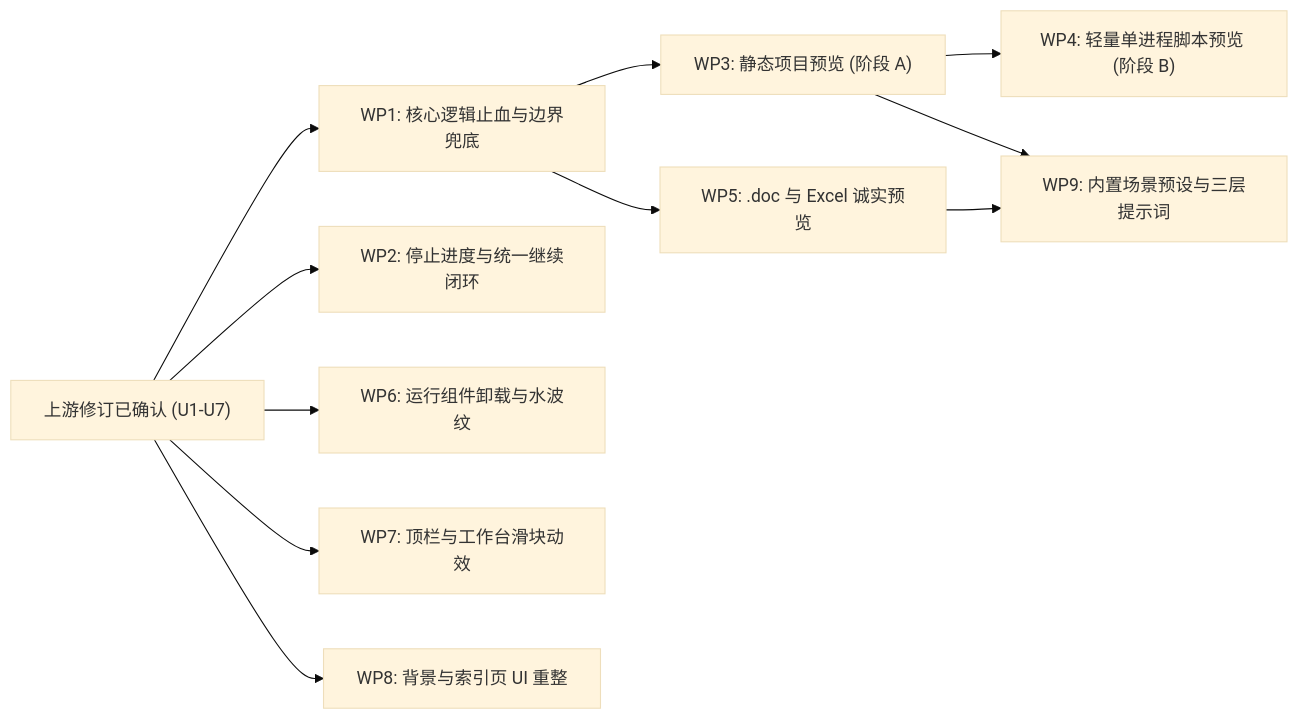
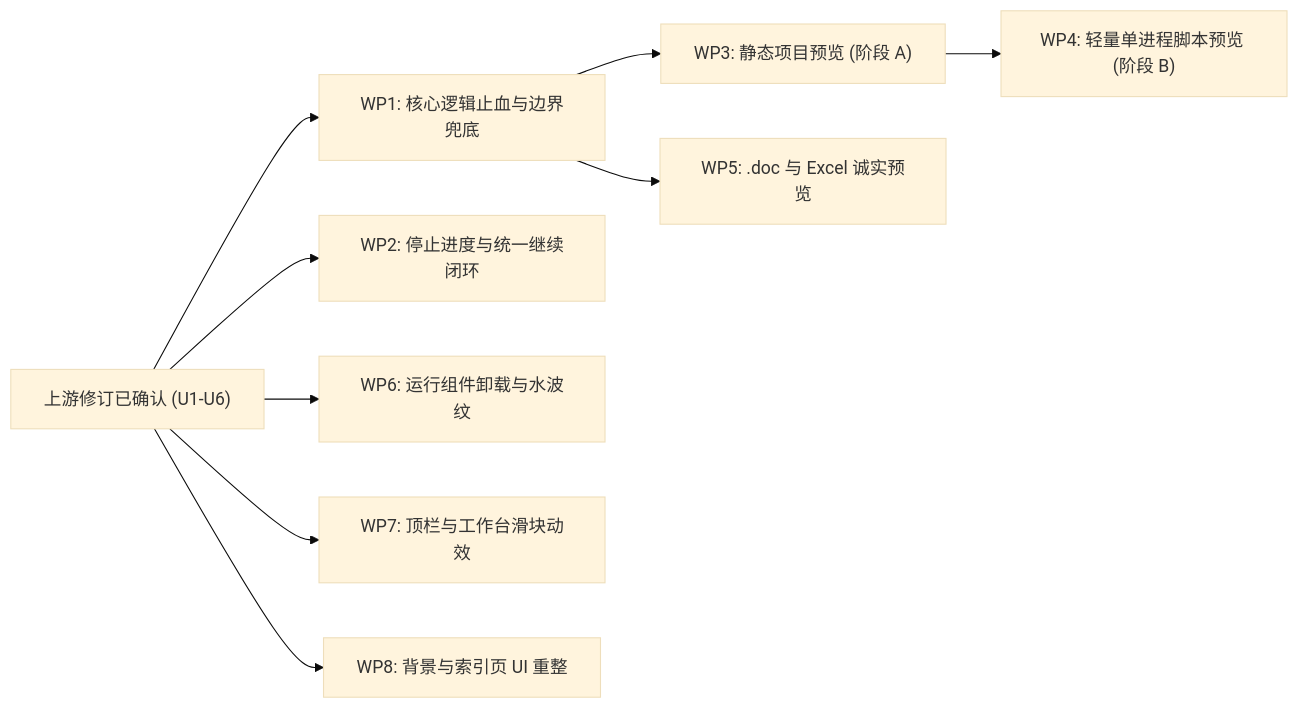
The diagram in docs/plan/desktop-acceptance-remediation.md (xinqingaa/ray_agent), drawn with Mermaid (base theme) before and after one commit. The commit also changed other lines of this file and 3 other files, not shown here.

````diff
--- a/docs/plan/desktop-acceptance-remediation.md
+++ b/docs/plan/desktop-acceptance-remediation.md
@@ -399,13 +330,11 @@
 ```mermaid
 flowchart LR
-  U["上游修订已确认 (U1-U7)"] --> WP1["WP1: 核心逻辑止血与边界兜底"]
+  U["上游修订已确认 (U1-U6)"] --> WP1["WP1: 核心逻辑止血与边界兜底"]
   U --> WP2["WP2: 停止进度与统一继续闭环"]
   WP1 --> WP3["WP3: 静态项目预览 (阶段 A)"]
   WP3 --> WP4["WP4: 轻量单进程脚本预览 (阶段 B)"]
   WP1 --> WP5["WP5: .doc 与 Excel 诚实预览"]
   U --> WP6["WP6: 运行组件卸载与水波纹"]
-  WP3 --> WP9["WP9: 内置场景预设与三层提示词"]
-  WP5 --> WP9
   U --> WP7["WP7: 顶栏与工作台滑块动效"]
   U --> WP8["WP8: 背景与索引页 UI 重整"]
 ```
````
